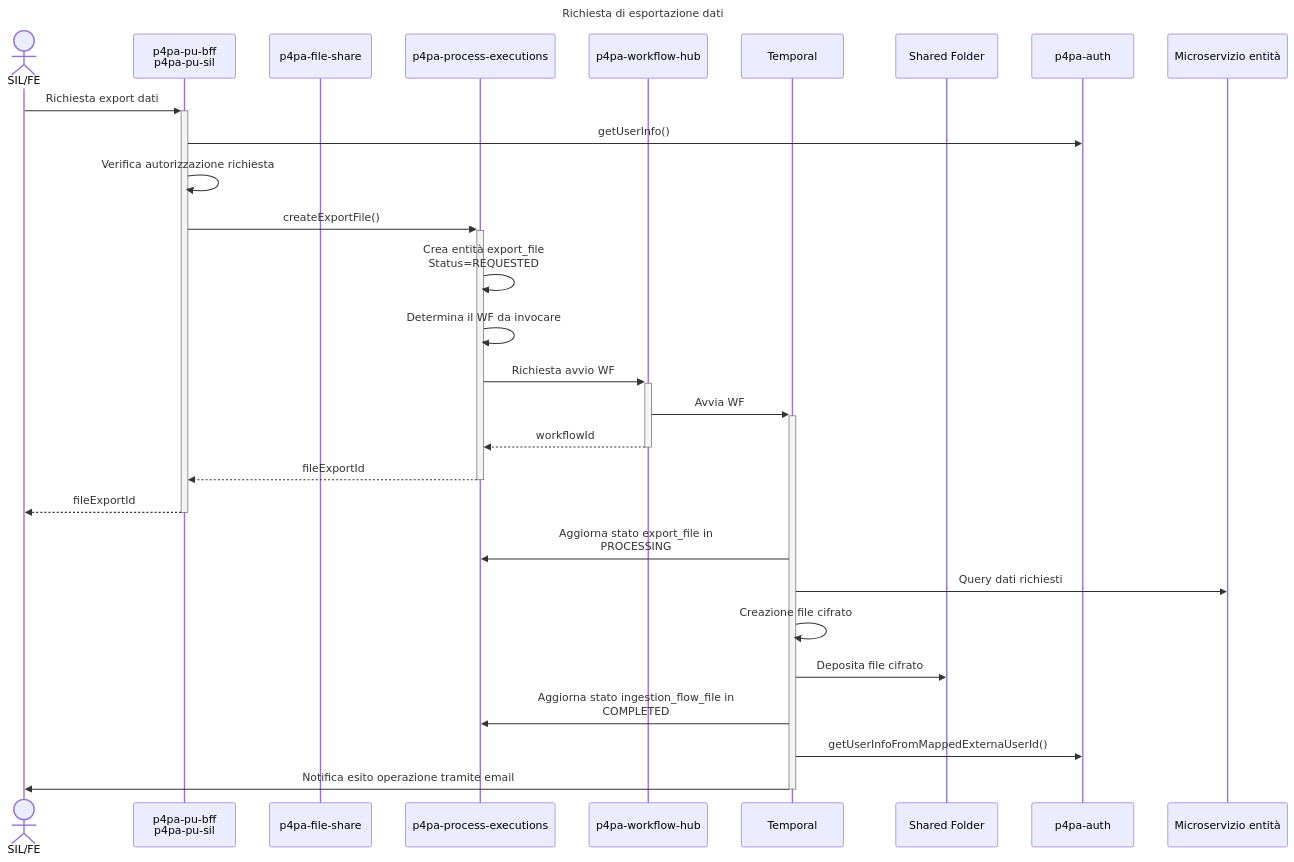
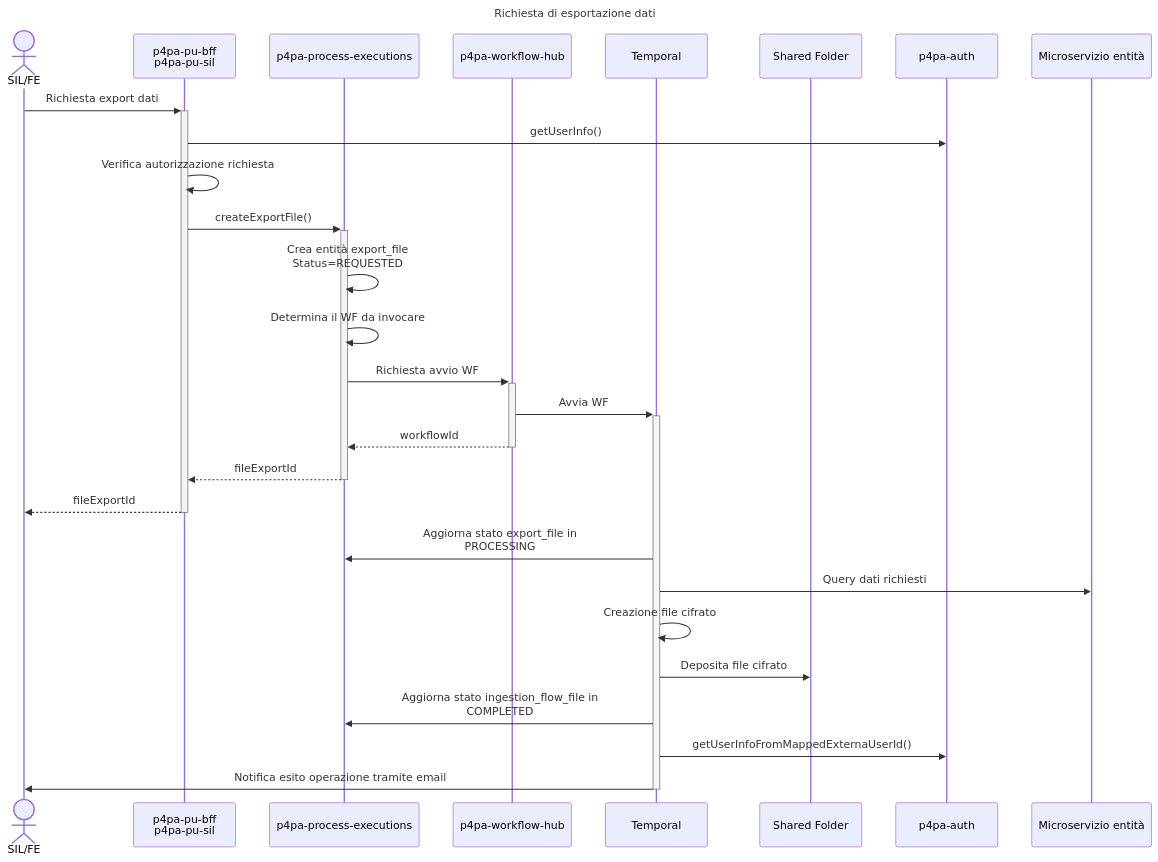
One commit to pagopa/p4pa-doc changed the diagram in design/filesHandling/02.export_seq.mmd. Above: the diagram before and after it, drawn with Mermaid. The commit also changed 3 other files, not shown here.

```diff
--- a/design/filesHandling/02.export_seq.mmd
+++ b/design/filesHandling/02.export_seq.mmd
@@ -1,34 +1,33 @@
 ---
 title: Richiesta di esportazione dati
 ---
 sequenceDiagram
     actor CLIENT as SIL/FE
     participant BFF as p4pa-pu-bff<BR />p4pa-pu-sil
-    participant MS_FILESHARE as p4pa-file-share
     participant MS_PROCESS_EXECUTIONS as p4pa-process-executions
     participant MS_WF as p4pa-workflow-hub
     participant WF as Temporal
     participant SHARED as Shared Folder
     participant MS_AUTH as p4pa-auth
     participant MS_ENTITY as Microservizio entità
 
     CLIENT ->>+ BFF: Richiesta export dati
         BFF ->> MS_AUTH: getUserInfo()
         BFF ->> BFF: Verifica autorizzazione richiesta
         BFF ->>+ MS_PROCESS_EXECUTIONS: createExportFile()
             MS_PROCESS_EXECUTIONS ->> MS_PROCESS_EXECUTIONS: Crea entità export_file<BR />Status=REQUESTED
             MS_PROCESS_EXECUTIONS ->> MS_PROCESS_EXECUTIONS: Determina il WF da invocare
             MS_PROCESS_EXECUTIONS ->>+ MS_WF: Richiesta avvio WF
                 MS_WF ->>+ WF: Avvia WF
                 MS_WF -->>- MS_PROCESS_EXECUTIONS: workflowId
             MS_PROCESS_EXECUTIONS -->>- BFF: fileExportId
         BFF -->>- CLIENT: fileExportId
 
     WF ->> MS_PROCESS_EXECUTIONS: Aggiorna stato export_file in<BR />PROCESSING
     WF ->> MS_ENTITY: Query dati richiesti
     WF ->> WF: Creazione file cifrato
     WF ->> SHARED: Deposita file cifrato
     WF ->> MS_PROCESS_EXECUTIONS: Aggiorna stato ingestion_flow_file in<BR />COMPLETED
     WF ->> MS_AUTH: getUserInfoFromMappedExternaUserId()
     WF ->> CLIENT: Notifica esito operazione tramite email
     deactivate WF
```
